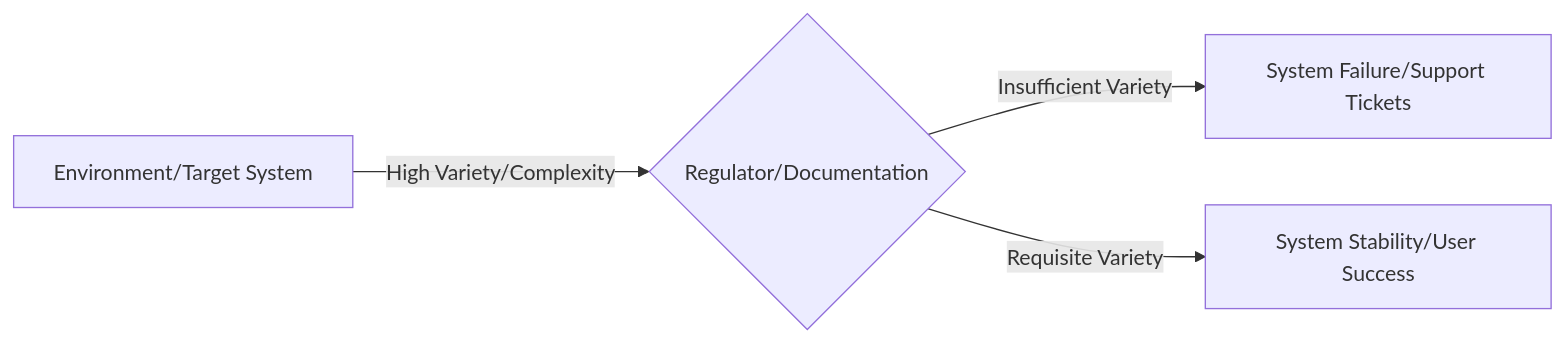
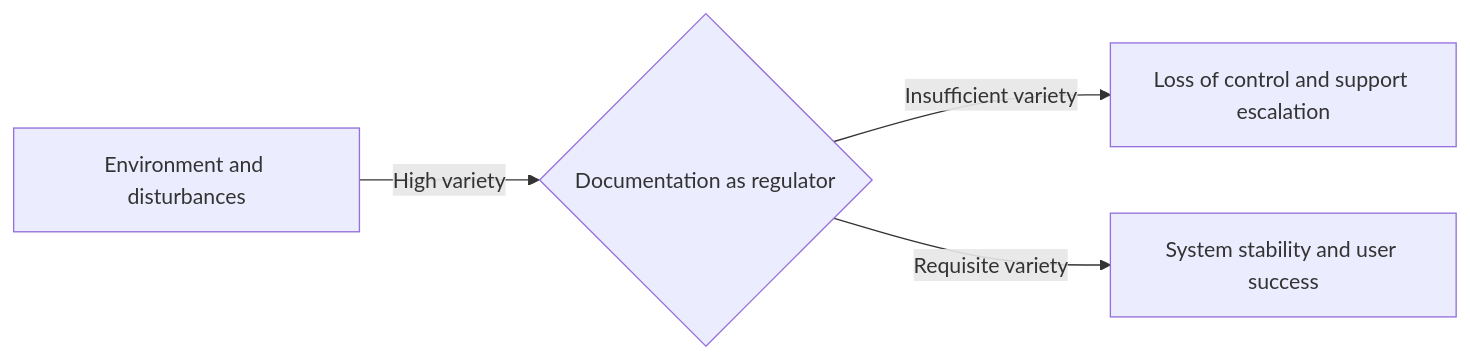
The diagram in docs/systems-thinking/law-of-requisite-variety.md (vaishvanara/techwritingkb), drawn with Mermaid before and after one commit. The commit also changed other lines of this file, not shown here.

````diff
--- a/docs/systems-thinking/law-of-requisite-variety.md
+++ b/docs/systems-thinking/law-of-requisite-variety.md
@@ -13,6 +15,6 @@
 ```mermaid
 graph LR
-    A[Environment/Target System] -- High Variety/Complexity --> B{Regulator/Documentation}
-    B -- Insufficient Variety --> C[System Failure/Support Tickets]
-    B -- Requisite Variety --> D[System Stability/User Success]
+    A[Environment and disturbances] -- High variety --> B{Documentation as regulator}
+    B -- Insufficient variety --> C[Loss of control and support escalation]
+    B -- Requisite variety --> D[System stability and user success]
 ```
````
